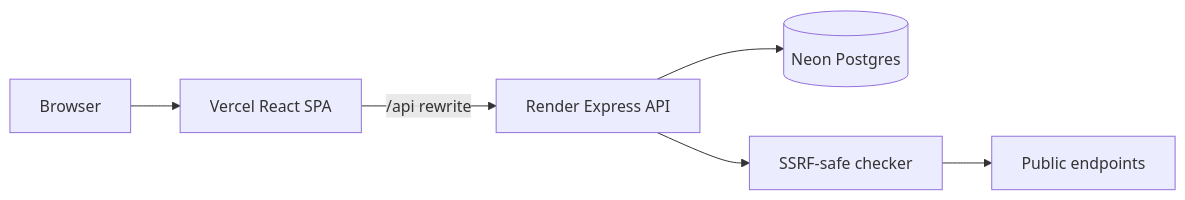
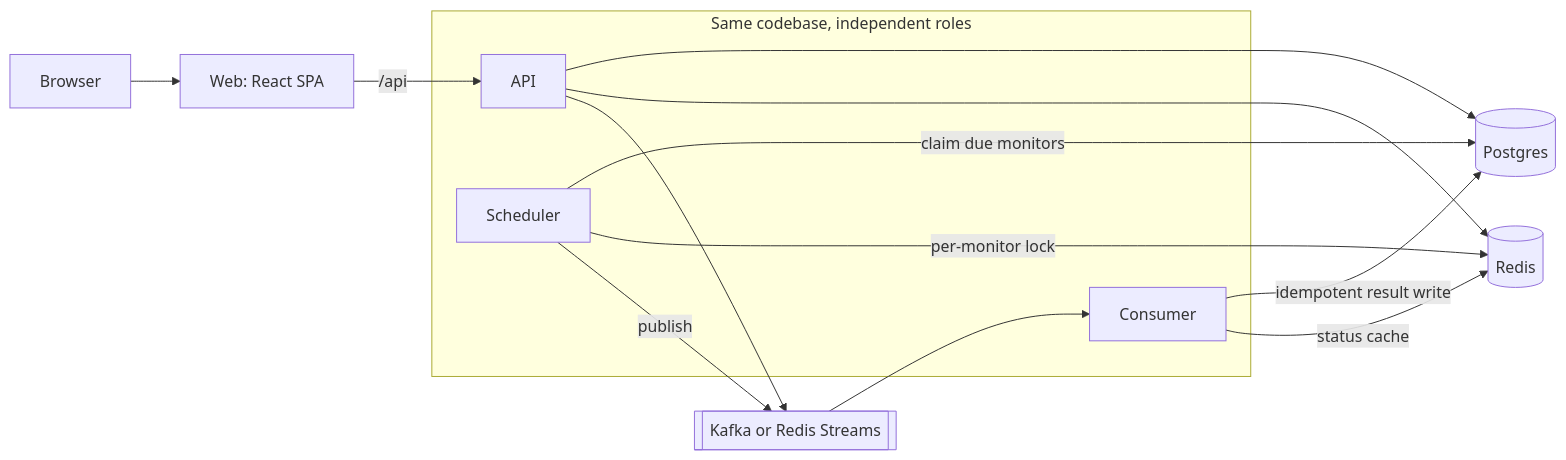
The diagram in README.md (AryanShaw26/Watcher), drawn with Mermaid before and after one commit. The commit also changed other lines of this file and 3 other files, not shown here.

````diff
--- a/README.md
+++ b/README.md
@@ -20,8 +9,19 @@
 ```mermaid
 flowchart LR
-  U[Browser] --> V[Vercel React SPA]
-  V -->|/api rewrite| R[Render Express API]
-  R --> N[(Neon Postgres)]
-  R --> C[SSRF-safe checker]
-  C --> T[Public endpoints]
+  U[Browser] --> W[Web: React SPA]
+  W -->|/api| API
+  subgraph Roles[Same codebase, independent roles]
+    API[API]
+    SCH[Scheduler]
+    CON[Consumer]
+  end
+  SCH -->|claim due monitors| PG[(Postgres)]
+  SCH -->|per-monitor lock| R[(Redis)]
+  SCH -->|publish| K[[Kafka or Redis Streams]]
+  K --> CON
+  CON -->|idempotent result write| PG
+  CON -->|status cache| R
+  API --> PG
+  API --> R
+  API --> K
 ```
````
